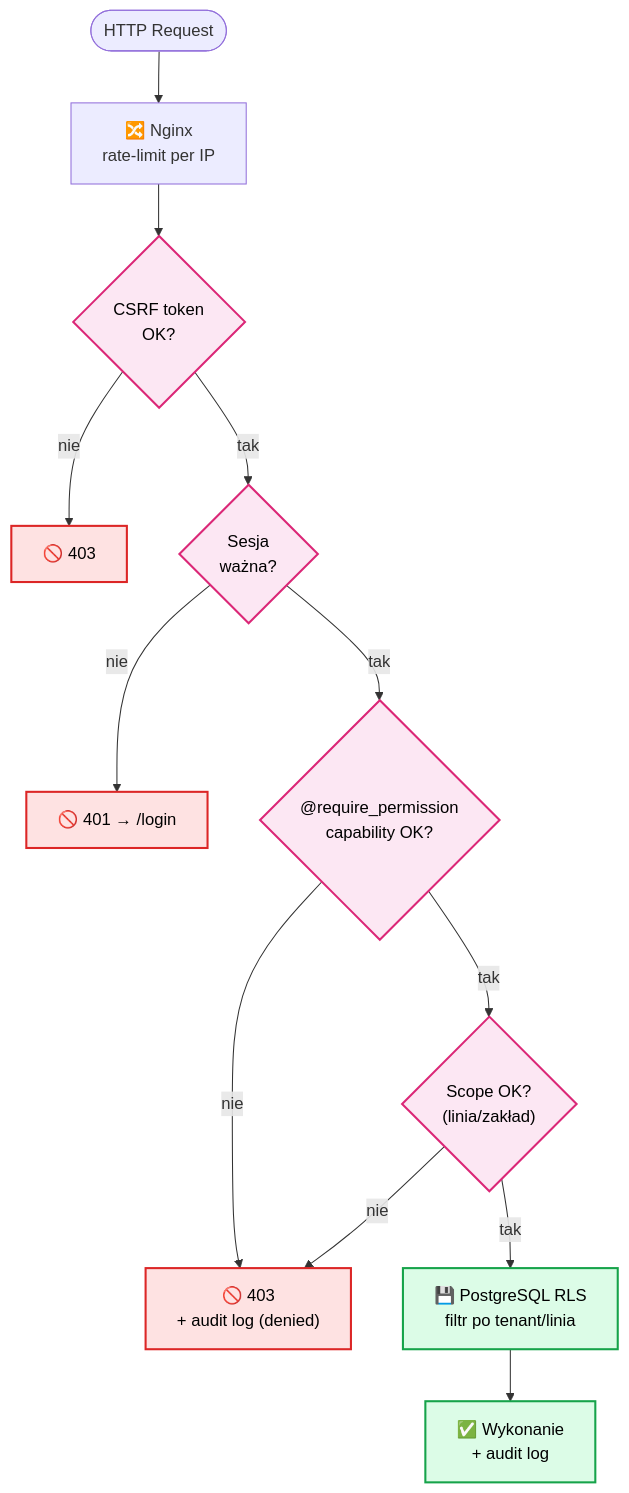
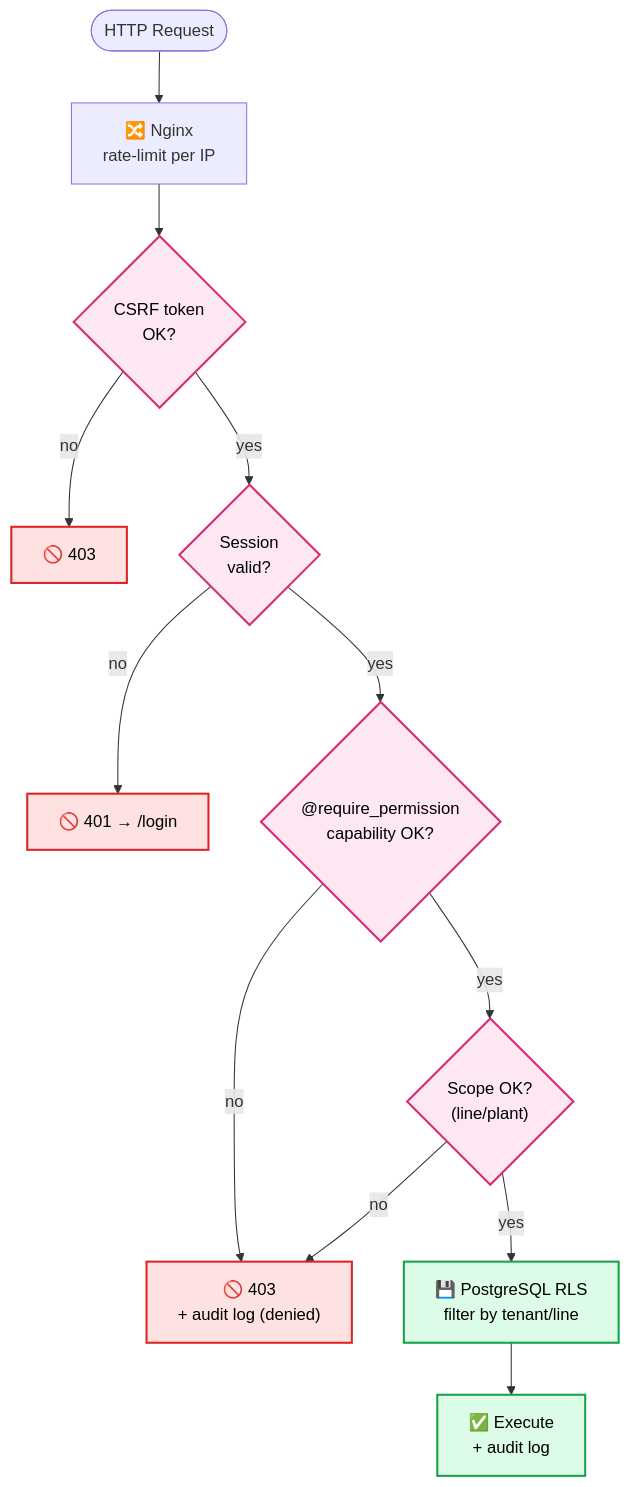
One commit to AmigoUK/qms-bakery changed the seventh of 10 diagrams in 02-diagramy-architektury.md. Above: the diagram before and after it, drawn with Mermaid. The commit also changed other lines of this file and 1 other file, not shown here.

First line of the commit message:
Translate architecture docs (01-, 02-) from Polish to English

````diff
--- a/02-diagramy-architektury.md
+++ b/02-diagramy-architektury.md
@@ -467,22 +467,22 @@
 ```mermaid
 flowchart TB
     REQ([HTTP Request]) --> NGX["🔀 Nginx<br/>rate-limit per IP"]
     NGX --> CSRF{"CSRF token<br/>OK?"}
-    CSRF -->|nie| R1["🚫 403"]
-    CSRF -->|tak| SESS{"Sesja<br/>ważna?"}
-    SESS -->|nie| R2["🚫 401 → /login"]
-    SESS -->|tak| RBAC{"@require_permission<br/>capability OK?"}
-    RBAC -->|nie| R3["🚫 403<br/>+ audit log (denied)"]
-    RBAC -->|tak| SCOPE{"Scope OK?<br/>(linia/zakład)"}
-    SCOPE -->|nie| R3
-    SCOPE -->|tak| RLS["💾 PostgreSQL RLS<br/>filtr po tenant/linia"]
-    RLS --> EXEC["✅ Wykonanie<br/>+ audit log"]
+    CSRF -->|no| R1["🚫 403"]
+    CSRF -->|yes| SESS{"Session<br/>valid?"}
+    SESS -->|no| R2["🚫 401 → /login"]
+    SESS -->|yes| RBAC{"@require_permission<br/>capability OK?"}
+    RBAC -->|no| R3["🚫 403<br/>+ audit log (denied)"]
+    RBAC -->|yes| SCOPE{"Scope OK?<br/>(line/plant)"}
+    SCOPE -->|no| R3
+    SCOPE -->|yes| RLS["💾 PostgreSQL RLS<br/>filter by tenant/line"]
+    RLS --> EXEC["✅ Execute<br/>+ audit log"]
 
     classDef gate fill:#fce7f3,stroke:#db2777,stroke-width:2px,color:#000
     classDef ok fill:#dcfce7,stroke:#16a34a,stroke-width:2px,color:#000
     classDef bad fill:#fee2e2,stroke:#dc2626,stroke-width:2px,color:#000
 
     class CSRF,SESS,RBAC,SCOPE gate
     class EXEC,RLS ok
     class R1,R2,R3 bad
 ```
````
